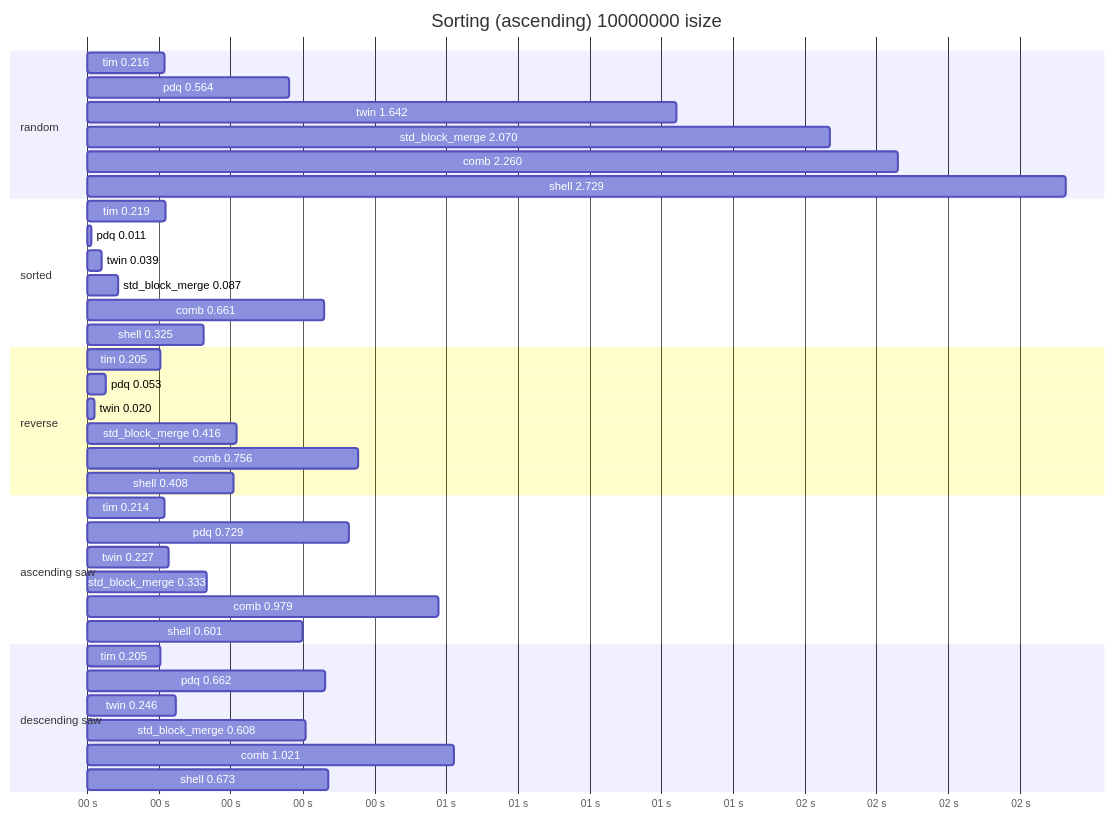
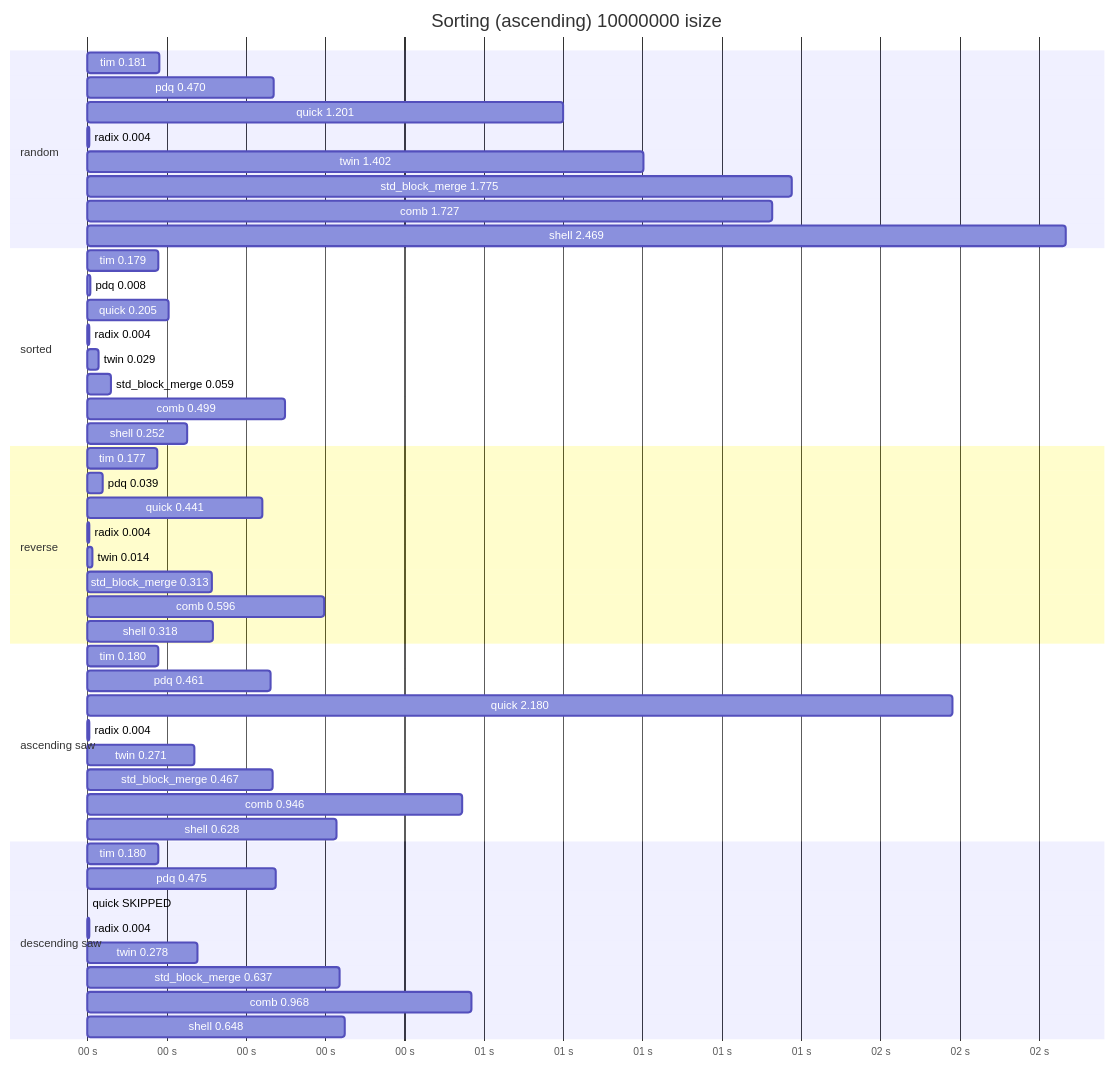
One commit to alichraghi/zort changed the third of 4 diagrams in README.md. Above: the diagram before and after it, drawn with Mermaid. The commit also changed other lines of this file, not shown here.

Commit message:
update benchmark results

````diff
--- a/README.md
+++ b/README.md
@@ -100,41 +110,51 @@
 ```mermaid
 gantt
     title Sorting (ascending) 10000000 isize
     dateFormat x
     axisFormat %S s
     section random
-    tim 0.216: 0,216
-    pdq 0.564: 0,564
-    twin 1.642: 0,1642
-    std_block_merge 2.070: 0,2070
-    comb 2.260: 0,2260
-    shell 2.729: 0,2727
+    tim 0.181: 0,181
+    pdq 0.470: 0,470
+    quick 1.201: 0,1201
+    radix 0.004: 0,4
+    twin 1.402: 0,1402
+    std_block_merge 1.775: 0,1775
+    comb 1.727: 0,1727
+    shell 2.469: 0,2467
     section sorted
-    tim 0.219: 0,219
-    pdq 0.011: 0,11
-    twin 0.039: 0,39
-    std_block_merge 0.087: 0,87
-    comb 0.661: 0,661
-    shell 0.325: 0,325
+    tim 0.179: 0,179
+    pdq 0.008: 0,8
+    quick 0.205: 0,205
+    radix 0.004: 0,4
+    twin 0.029: 0,29
+    std_block_merge 0.059: 0,59
+    comb 0.499: 0,499
+    shell 0.252: 0,252
     section reverse
-    tim 0.205: 0,205
-    pdq 0.053: 0,53
-    twin 0.020: 0,20
-    std_block_merge 0.416: 0,416
-    comb 0.756: 0,756
-    shell 0.408: 0,408
+    tim 0.177: 0,177
+    pdq 0.039: 0,39
+    quick 0.441: 0,441
+    radix 0.004: 0,4
+    twin 0.014: 0,14
+    std_block_merge 0.313: 0,313
+    comb 0.596: 0,596
+    shell 0.318: 0,318
     section ascending saw
-    tim 0.214: 0,214
-    pdq 0.729: 0,729
-    twin 0.227: 0,227
-    std_block_merge 0.333: 0,333
-    comb 0.979: 0,979
-    shell 0.601: 0,601
+    tim 0.180: 0,180
+    pdq 0.461: 0,461
+    quick 2.180: 0,2181
+    radix 0.004: 0,4
+    twin 0.271: 0,271
+    std_block_merge 0.467: 0,467
+    comb 0.946: 0,946
+    shell 0.628: 0,628
     section descending saw
-    tim 0.205: 0,205
-    pdq 0.662: 0,662
-    twin 0.246: 0,246
-    std_block_merge 0.608: 0,608
-    comb 1.021: 0,1021
-    shell 0.673: 0,673
+    tim 0.180: 0,180
+    pdq 0.475: 0,475
+    quick SKIPPED: 0
+    radix 0.004: 0,4
+    twin 0.278: 0,278
+    std_block_merge 0.637: 0,637
+    comb 0.968: 0,968
+    shell 0.648: 0,648
 ```
````
